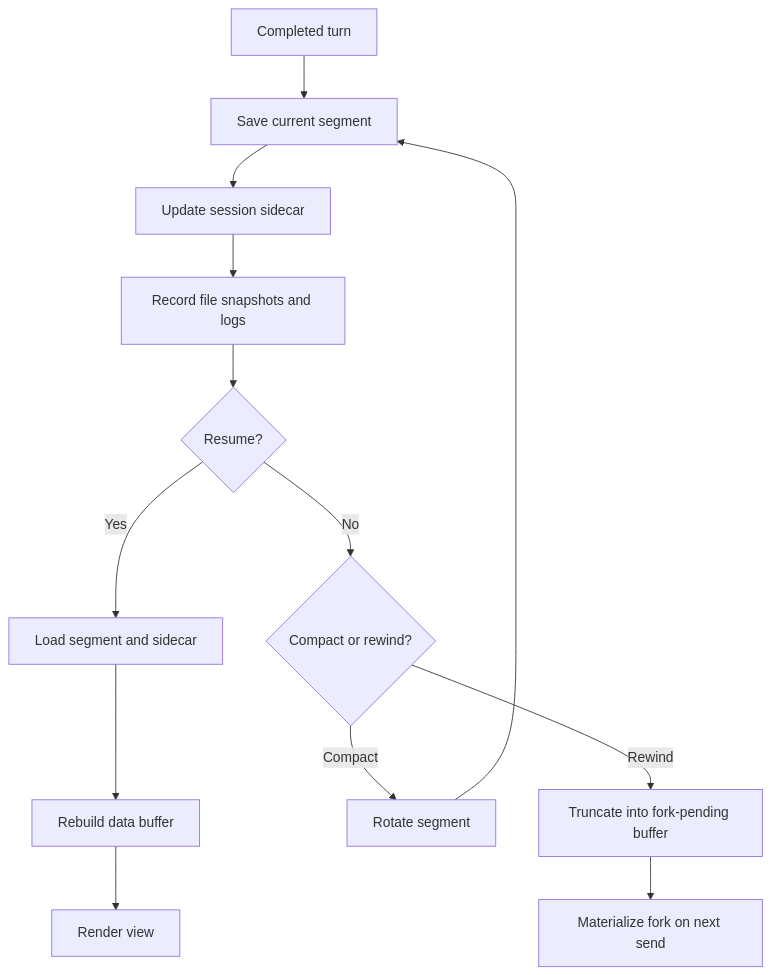
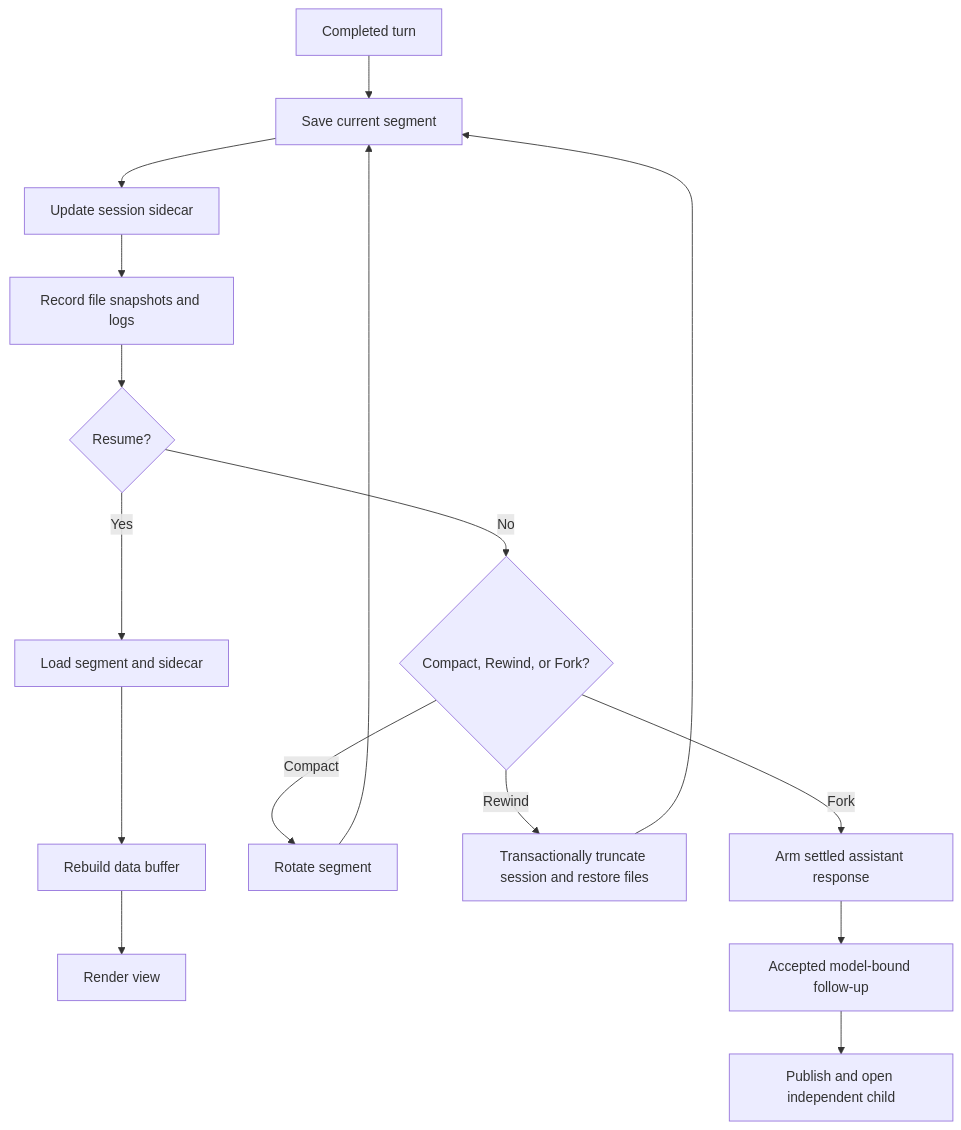
The diagram in docs/sessions.md (FrauH0lle/mevedel), drawn with Mermaid before and after one commit. The commit also changed other lines of this file and 7 other files, not shown here.

First line of the commit message:
feat(sessions): Create independent Conversation Fork sessions

````diff
--- a/docs/sessions.md
+++ b/docs/sessions.md
@@ -20,15 +20,18 @@
 ```mermaid
 flowchart TD
     A[Completed turn] --> B[Save current segment]
     B --> C[Update session sidecar]
     C --> D[Record file snapshots and logs]
     D --> E{Resume?}
     E -- Yes --> F[Load segment and sidecar]
     F --> G[Rebuild data buffer]
     G --> H[Render view]
-    E -- No --> I{Compact or rewind?}
+    E -- No --> I{Compact, Rewind, or Fork?}
     I -- Compact --> J[Rotate segment]
-    I -- Rewind --> K[Truncate into fork-pending buffer]
+    I -- Rewind --> K[Transactionally truncate session and restore files]
+    I -- Fork --> L[Arm settled assistant response]
     J --> B
-    K --> L[Materialize fork on next send]
+    K --> B
+    L --> M[Accepted model-bound follow-up]
+    M --> N[Publish and open independent child]
 ```
````
